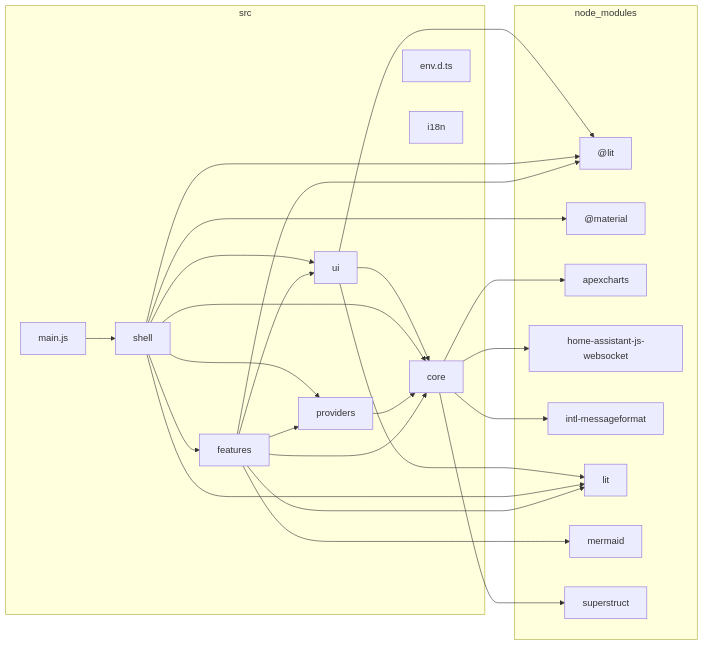
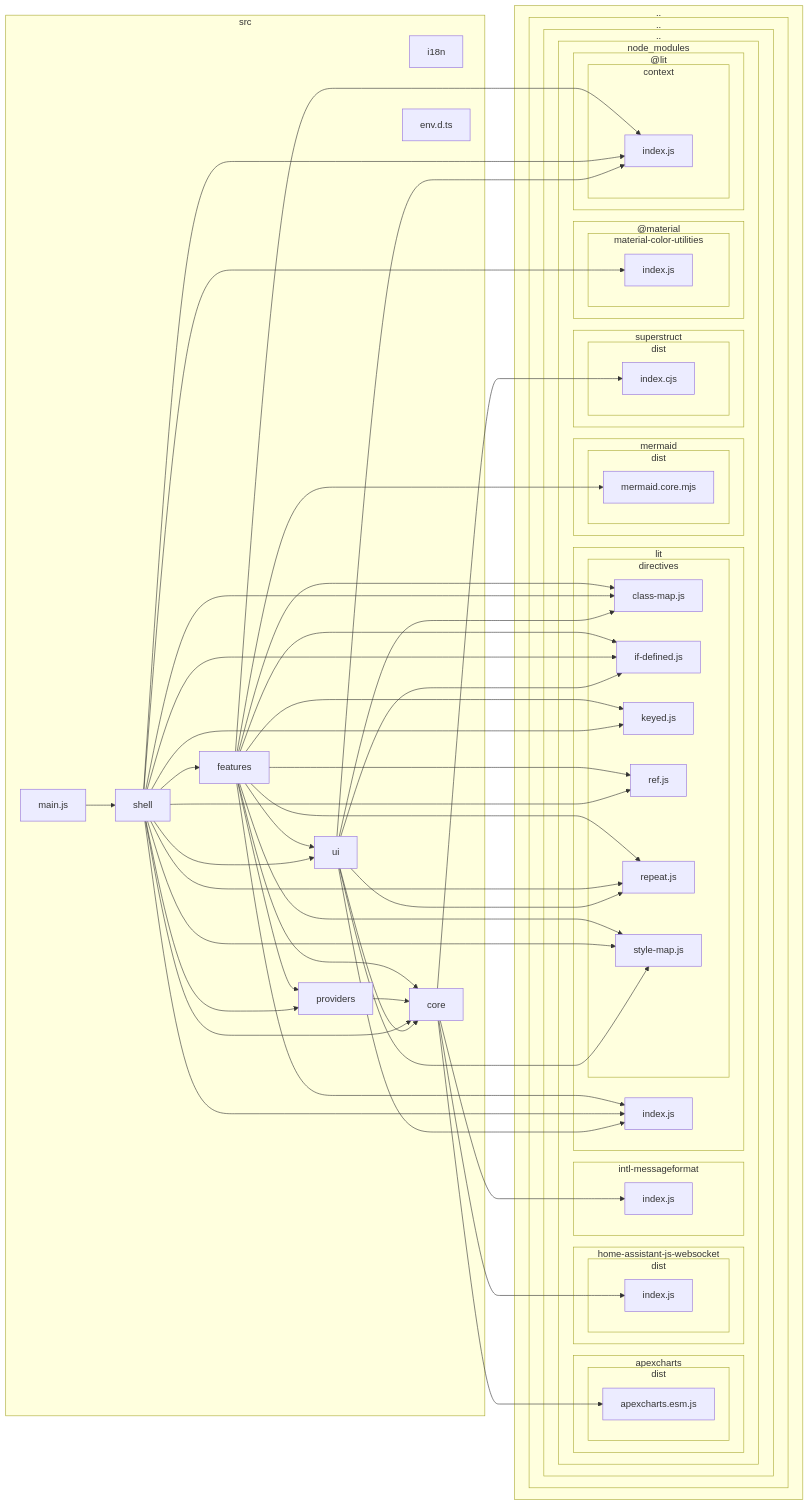
One commit to pldelisle/ha-home-panel changed the diagram in docs/architecture/dependency-graph.md. Above: the diagram before and after it, drawn with Mermaid. The commit also changed 11 other files, not shown here.

````diff
--- a/docs/architecture/dependency-graph.md
+++ b/docs/architecture/dependency-graph.md
@@ -5,46 +5,104 @@
 ```mermaid
 flowchart LR
 
-subgraph 0["node_modules"]
-1["@lit"]
-2["@material"]
-3["apexcharts"]
-4["home-assistant-js-websocket"]
-5["intl-messageformat"]
-6["lit"]
-7["mermaid"]
-8["superstruct"]
+subgraph 0[".."]
+subgraph 1[".."]
+subgraph 2[".."]
+subgraph 3["node_modules"]
+subgraph 4["@lit"]
+subgraph 5["context"]
+6["index.js"]
 end
-subgraph 9["src"]
-A["core"]
-B["env.d.ts"]
-C["features"]
-D["i18n"]
-E["main.js"]
-F["providers"]
-G["shell"]
-H["ui"]
 end
-A-->3
-A-->4
-A-->8
-A-->5
-C-->A
-C-->H
-C-->6
-C-->F
-C-->1
-C-->7
-E-->G
-F-->A
-G-->A
-G-->C
-G-->F
-G-->H
-G-->1
-G-->6
-G-->2
-H-->A
-H-->6
-H-->1
+subgraph 7["@material"]
+subgraph 8["material-color-utilities"]
+9["index.js"]
+end
+end
+subgraph A["apexcharts"]
+subgraph B["dist"]
+C["apexcharts.esm.js"]
+end
+end
+subgraph D["home-assistant-js-websocket"]
+subgraph E["dist"]
+F["index.js"]
+end
+end
+subgraph G["intl-messageformat"]
+H["index.js"]
+end
+subgraph I["lit"]
+subgraph J["directives"]
+K["class-map.js"]
+L["if-defined.js"]
+M["keyed.js"]
+N["ref.js"]
+O["repeat.js"]
+P["style-map.js"]
+end
+Q["index.js"]
+end
+subgraph R["mermaid"]
+subgraph S["dist"]
+T["mermaid.core.mjs"]
+end
+end
+subgraph U["superstruct"]
+subgraph V["dist"]
+W["index.cjs"]
+end
+end
+end
+end
+end
+end
+subgraph X["src"]
+Y["core"]
+Z["env.d.ts"]
+10["features"]
+11["i18n"]
+12["main.js"]
+13["providers"]
+14["shell"]
+15["ui"]
+end
+Y-->C
+Y-->F
+Y-->W
+Y-->H
+10-->Y
+10-->15
+10-->Q
+10-->L
+10-->O
+10-->13
+10-->6
+10-->T
+10-->N
+10-->M
+10-->K
+10-->P
+12-->14
+13-->Y
+14-->Y
+14-->10
+14-->13
+14-->15
+14-->6
+14-->Q
+14-->K
+14-->L
+14-->M
+14-->N
+14-->O
+14-->9
+14-->P
+15-->Y
+15-->Q
+15-->6
+15-->P
+15-->O
+15-->L
+15-->K
 ```
````
